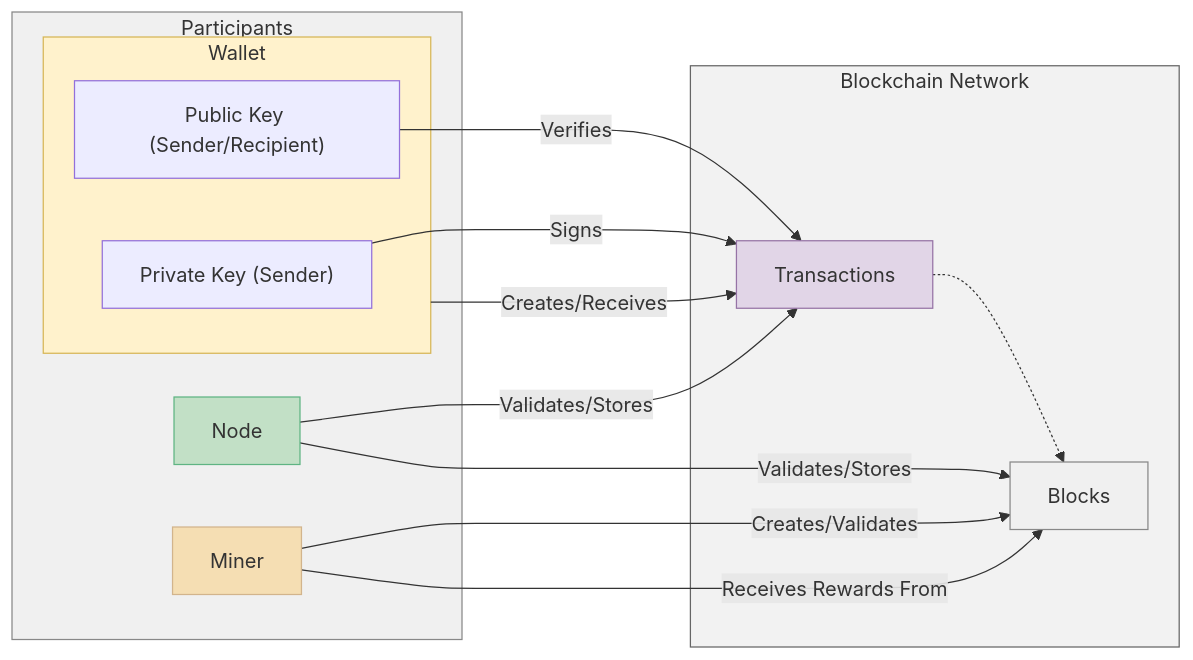
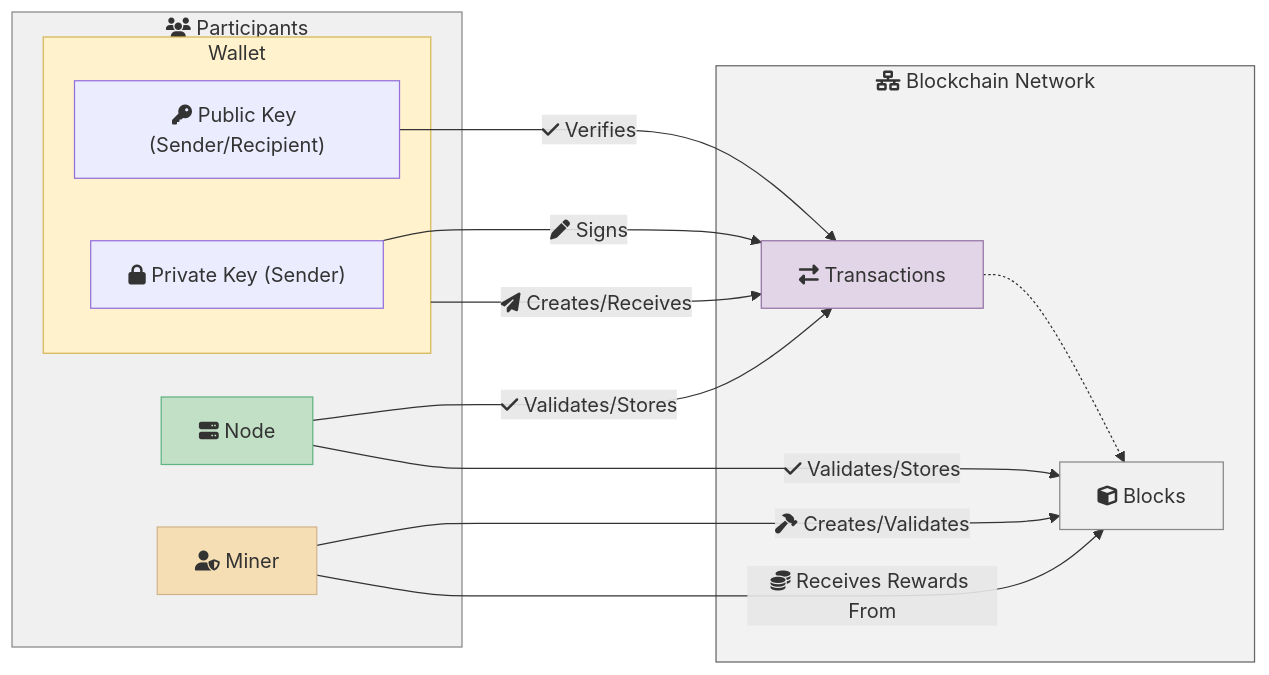
Before and after one commit to kelvin-bz/blog: the second of 22 diagrams in _posts/2024-07-06-blockchain-for-dummies.md, drawn with Mermaid. The commit also changed other lines of this file, not shown here.

````diff
--- a/_posts/2024-07-06-blockchain-for-dummies.md
+++ b/_posts/2024-07-06-blockchain-for-dummies.md
@@ -64,37 +63,37 @@
 ```mermaid
 graph LR
-    subgraph Network["Blockchain Network"]
+    subgraph Network["fa:fa-network-wired Blockchain Network"]
         style Network fill:#F2F2F2,stroke:#666666
-        Transactions["Transactions"]
+        Transactions["fa:fa-exchange-alt Transactions"]
         style Transactions fill:#E1D5E7,stroke:#9673A6
-        Blocks["Blocks"]
+        Blocks["fa:fa-cube Blocks"]
         style Blocks fill:#F0F0F0,stroke:#888888
     end
 
-    subgraph Participants["Participants"]
+    subgraph Participants["fa:fa-users Participants"]
         style Participants fill:#F0F0F0,stroke:#888888
-        Wallet["Wallet (User)"]
+        Wallet["fa:fa-wallet Wallet (User)"]
         style Wallet fill:#FFF2CC,stroke:#D6B656
-        Node["Node"]
+        Node["fa:fa-server Node"]
         style Node fill:#C2E0C6,stroke:#5FB483
-        Miner["Miner"]
+        Miner["fa:fa-user-shield Miner"]
         style Miner fill:#F5DEB3,stroke:#D2B48C
     end
     
     subgraph Wallet
-      PublicKey["Public Key (Sender/Recipient)"]
-      PrivateKey["Private Key (Sender)"]
+      PublicKey["fa:fa-key Public Key (Sender/Recipient)"]
+      PrivateKey["fa:fa-lock Private Key (Sender)"]
     end
 
-
-    Wallet -- "Creates/Receives" --> Transactions
-    Node -- "Validates/Stores" --> Transactions
-    Node -- "Validates/Stores" --> Blocks
-    Miner -- "Creates/Validates" --> Blocks
+    Wallet -- "fa:fa-paper-plane Creates/Receives" --> Transactions
+    Node -- "fa:fa-check Validates/Stores" --> Transactions
+    Node -- "fa:fa-check Validates/Stores" --> Blocks
+    Miner -- "fa:fa-hammer Creates/Validates" --> Blocks
     Transactions -.-> Blocks
 
-    PrivateKey -- "Signs" --> Transactions
-    PublicKey -- "Verifies" --> Transactions
-    Miner -- "Receives Rewards From" --> Blocks
+    PrivateKey -- "fa:fa-pen Signs" --> Transactions
+    PublicKey -- "fa:fa-check Verifies" --> Transactions
+    Miner -- "fa:fa-coins Receives Rewards From" --> Blocks
+
 
 ```
````
